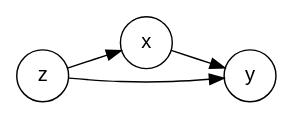
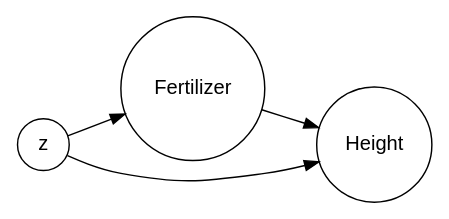
The diagram in spruce/spruce.gv (agrogan1/newstuff), drawn with Graphviz before and after one commit. The commit also changed 8 other files, not shown here.

```diff
--- a/spruce/spruce.gv
+++ b/spruce/spruce.gv
@@ -1,20 +1,20 @@
 digraph boxes_and_circles {
 
   # a 'graph' statement
   graph [overlap = true, 
         rankdir = LR,
         fontsize = 10]
 
   # 'node' statement
 
   node [shape = circle,
         fontname = Helvetica
-        fixedsize = true] // sets as circles
+        fixedsize = false] // sets as circles
         
-  x; y; z
+  Fertilizer; Height; z
 
   # several 'edge' statements
  
-  x -> y
-  z -> {x y}
+  Fertilizer -> Height
+  z -> {Fertilizer Height}
 }
```
